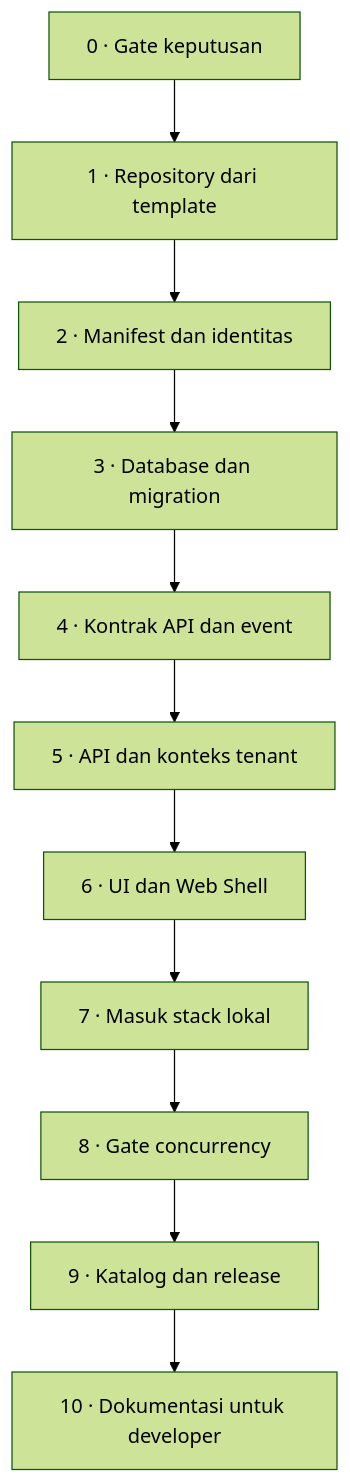
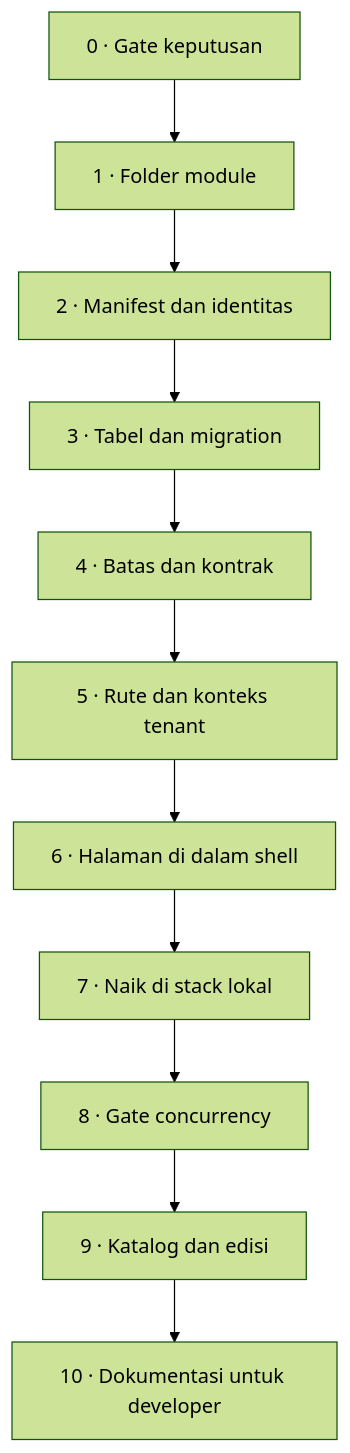
One commit to MettaDevs/coreERP changed the diagram in docs/apps/membangun-app-baru.md. Above: the diagram before and after it, drawn with Mermaid (forest theme). The commit also changed other lines of this file and 127 other files, not shown here.

````diff
--- a/docs/apps/membangun-app-baru.md
+++ b/docs/apps/membangun-app-baru.md
@@ -7,13 +16,13 @@
 ```mermaid
 flowchart TD
-    G0[0 · Gate keputusan] --> S1[1 · Repository dari template]
+    G0[0 · Gate keputusan] --> S1[1 · Folder module]
     S1 --> S2[2 · Manifest dan identitas]
-    S2 --> S3[3 · Database dan migration]
-    S3 --> S4[4 · Kontrak API dan event]
-    S4 --> S5[5 · API dan konteks tenant]
-    S5 --> S6[6 · UI dan Web Shell]
-    S6 --> S7[7 · Masuk stack lokal]
+    S2 --> S3[3 · Tabel dan migration]
+    S3 --> S4[4 · Batas dan kontrak]
+    S4 --> S5[5 · Rute dan konteks tenant]
+    S5 --> S6[6 · Halaman di dalam shell]
+    S6 --> S7[7 · Naik di stack lokal]
     S7 --> S8[8 · Gate concurrency]
-    S8 --> S9[9 · Katalog dan release]
+    S8 --> S9[9 · Katalog dan edisi]
     S9 --> S10[10 · Dokumentasi untuk developer]
 ```
````
